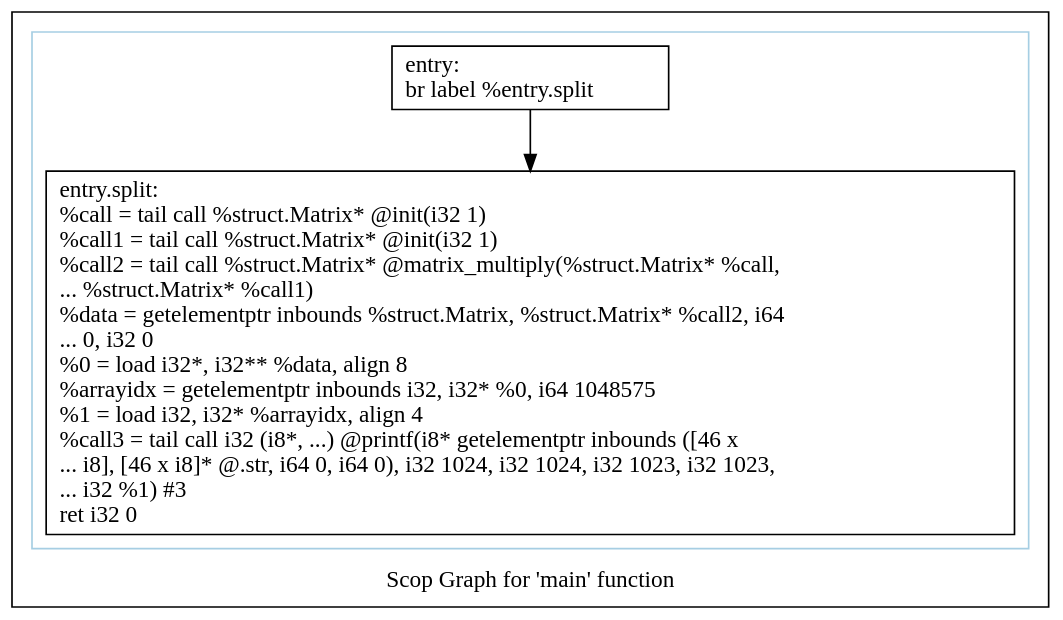
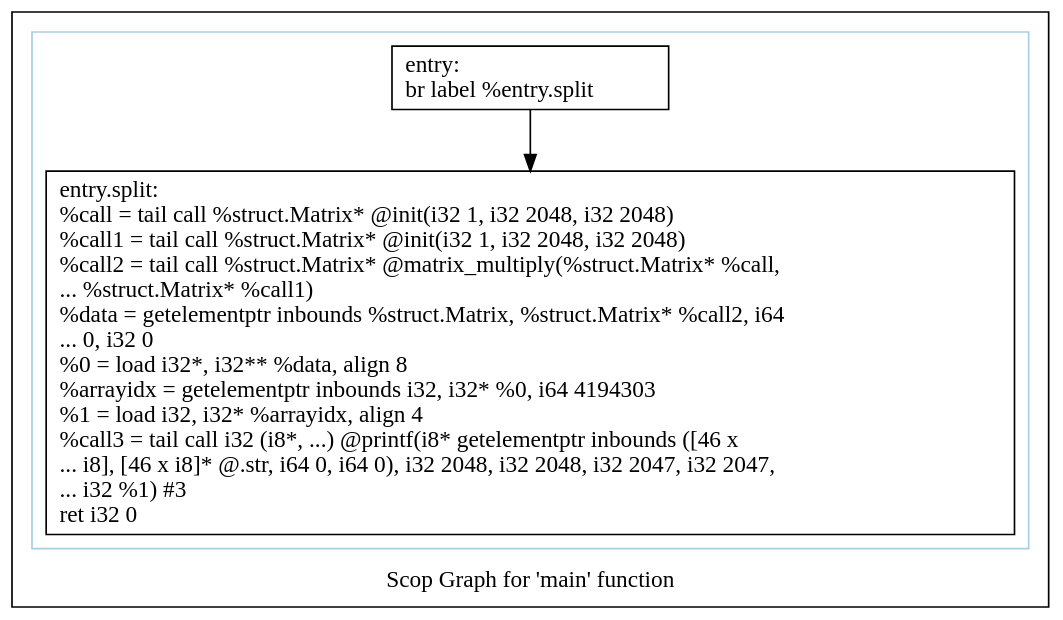
Before and after one commit to samminweng/WhileyOpenCL: the diagram in polly/MatrixMult/impl/handwritten2/dot/scops.main.dot, drawn with Graphviz. The commit also changed 44 other files, not shown here.

```diff
--- a/polly/MatrixMult/impl/handwritten2/dot/scops.main.dot
+++ b/polly/MatrixMult/impl/handwritten2/dot/scops.main.dot
@@ -1,15 +1,15 @@
 digraph "Scop Graph for 'main' function" {
 	label="Scop Graph for 'main' function";
 
-	Node0x5b9cb00 [shape=record,label="{entry:\l  br label %entry.split\l}"];
-	Node0x5b9cb00 -> Node0x5b9d4c0;
-	Node0x5b9d4c0 [shape=record,label="{entry.split:                                      \l  %call = tail call %struct.Matrix* @init(i32 1)\l  %call1 = tail call %struct.Matrix* @init(i32 1)\l  %call2 = tail call %struct.Matrix* @matrix_multiply(%struct.Matrix* %call,\l... %struct.Matrix* %call1)\l  %data = getelementptr inbounds %struct.Matrix, %struct.Matrix* %call2, i64\l... 0, i32 0\l  %0 = load i32*, i32** %data, align 8\l  %arrayidx = getelementptr inbounds i32, i32* %0, i64 1048575\l  %1 = load i32, i32* %arrayidx, align 4\l  %call3 = tail call i32 (i8*, ...) @printf(i8* getelementptr inbounds ([46 x\l... i8], [46 x i8]* @.str, i64 0, i64 0), i32 1024, i32 1024, i32 1023, i32 1023,\l... i32 %1) #3\l  ret i32 0\l}"];
+	Node0x5383bf0 [shape=record,label="{entry:\l  br label %entry.split\l}"];
+	Node0x5383bf0 -> Node0x53bcd80;
+	Node0x53bcd80 [shape=record,label="{entry.split:                                      \l  %call = tail call %struct.Matrix* @init(i32 1, i32 2048, i32 2048)\l  %call1 = tail call %struct.Matrix* @init(i32 1, i32 2048, i32 2048)\l  %call2 = tail call %struct.Matrix* @matrix_multiply(%struct.Matrix* %call,\l... %struct.Matrix* %call1)\l  %data = getelementptr inbounds %struct.Matrix, %struct.Matrix* %call2, i64\l... 0, i32 0\l  %0 = load i32*, i32** %data, align 8\l  %arrayidx = getelementptr inbounds i32, i32* %0, i64 4194303\l  %1 = load i32, i32* %arrayidx, align 4\l  %call3 = tail call i32 (i8*, ...) @printf(i8* getelementptr inbounds ([46 x\l... i8], [46 x i8]* @.str, i64 0, i64 0), i32 2048, i32 2048, i32 2047, i32 2047,\l... i32 %1) #3\l  ret i32 0\l}"];
 	colorscheme = "paired12"
-        subgraph cluster_0x5bb4310 {
+        subgraph cluster_0x53a6640 {
           label = "";
           style = solid;
           color = 1
-          Node0x5b9cb00;
-          Node0x5b9d4c0;
+          Node0x5383bf0;
+          Node0x53bcd80;
         }
 }
```
